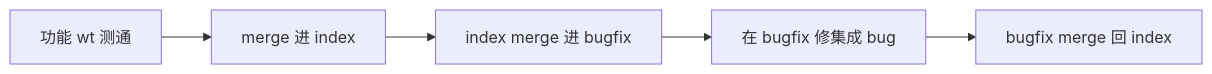
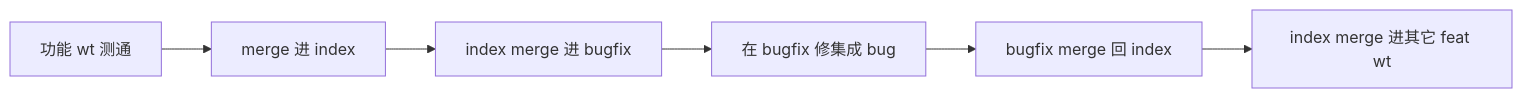
The diagram in projects/ChatAIO/docs/agent/worktree-bugfix-workflow.md (Kane-Kuroneko/electron-reaxes-react), drawn with Mermaid before and after one commit. The commit also changed other lines of this file and 2 other files, not shown here.

Commit message:
docs(ChatAIO): 规定同步 index 到其它 worktree

````diff
--- a/projects/ChatAIO/docs/agent/worktree-bugfix-workflow.md
+++ b/projects/ChatAIO/docs/agent/worktree-bugfix-workflow.md
@@ -26,7 +26,8 @@
 ```mermaid
 flowchart LR
   feat["功能 wt 测通"] --> index["merge 进 index"]
   index --> sync["index merge 进 bugfix"]
   sync --> fix["在 bugfix 修集成 bug"]
   fix --> back["bugfix merge 回 index"]
+  back --> fanout["index merge 进其它 feat wt"]
 ```
````
